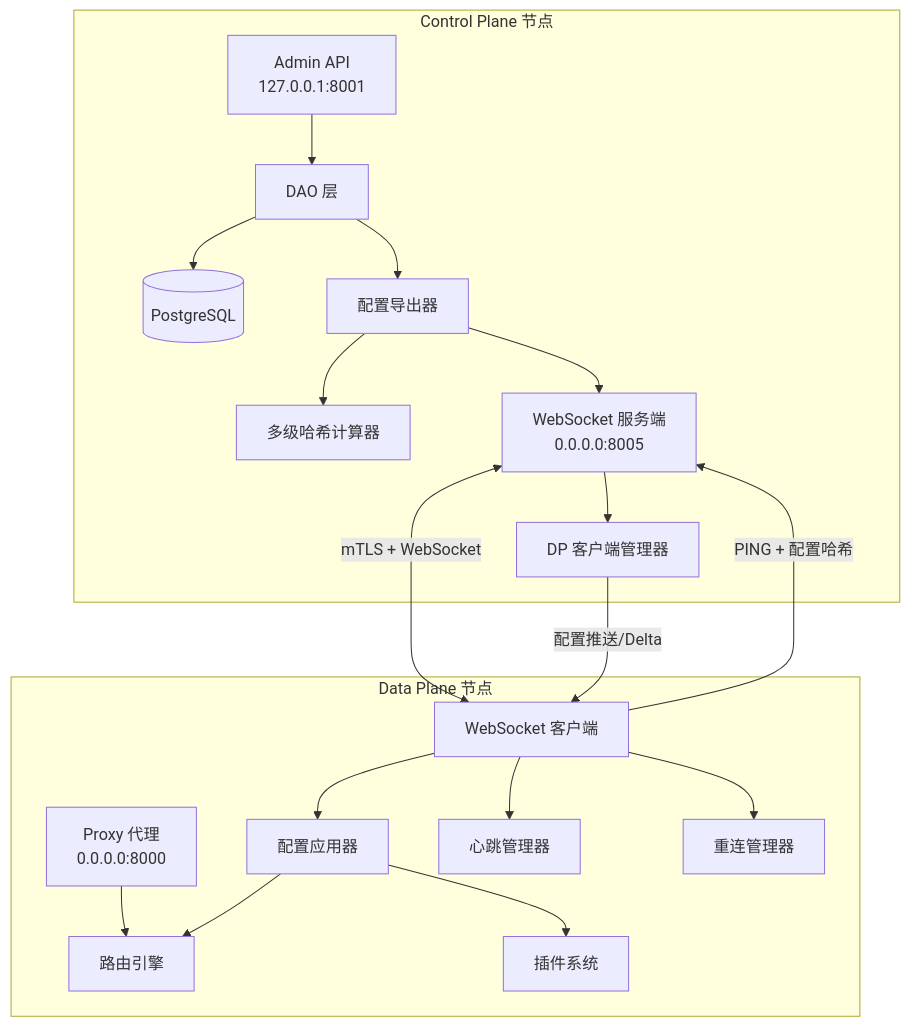
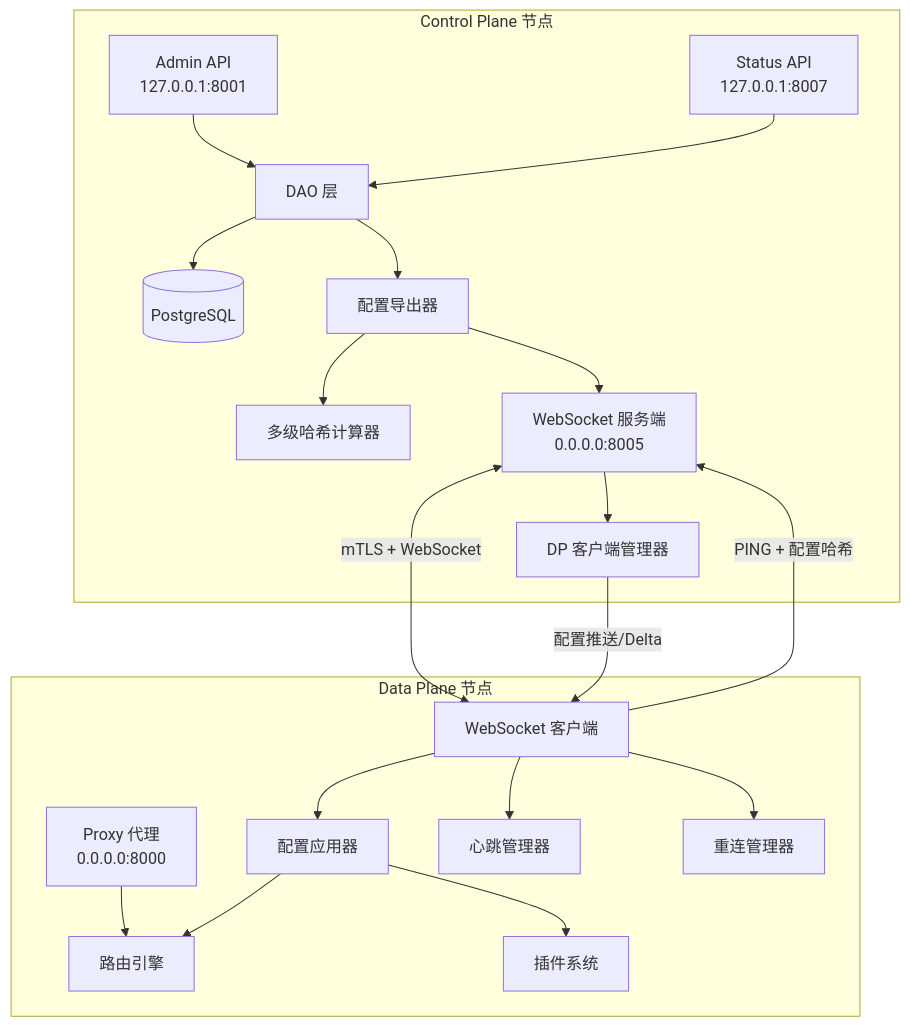
The second of 2 diagrams in .spec-workflow/specs/kong-rust/design.md (kong-rust/kong-rust), drawn with Mermaid before and after one commit. The commit also changed other lines of this file and 16 other files, not shown here.

````diff
--- a/.spec-workflow/specs/kong-rust/design.md
+++ b/.spec-workflow/specs/kong-rust/design.md
@@ -730,24 +739,25 @@
 ```mermaid
 graph TB
     subgraph ControlPlane[Control Plane 节点]
         AdminAPI2[Admin API<br/>127.0.0.1:8001] --> DAO2[DAO 层]
+        StatusAPI2[Status API<br/>127.0.0.1:8007] --> DAO2
         DAO2 --> DB2[(PostgreSQL)]
         DAO2 --> ConfigExporter[配置导出器]
         ConfigExporter --> HashCalculator[多级哈希计算器]
         ConfigExporter --> WSServer[WebSocket 服务端<br/>0.0.0.0:8005]
         WSServer --> ClientManager[DP 客户端管理器]
     end
 
     subgraph DataPlane[Data Plane 节点]
         Proxy2[Proxy 代理<br/>0.0.0.0:8000] --> Router2[路由引擎]
         WSClient[WebSocket 客户端] --> ConfigApplier[配置应用器]
         ConfigApplier --> Router2
         ConfigApplier --> PluginSystem2[插件系统]
         WSClient --> HeartbeatManager[心跳管理器]
         WSClient --> ReconnectManager[重连管理器]
     end
 
     WSServer <-->|mTLS + WebSocket| WSClient
     ClientManager -->|配置推送/Delta| WSClient
     WSClient -->|PING + 配置哈希| WSServer
 ```
````
